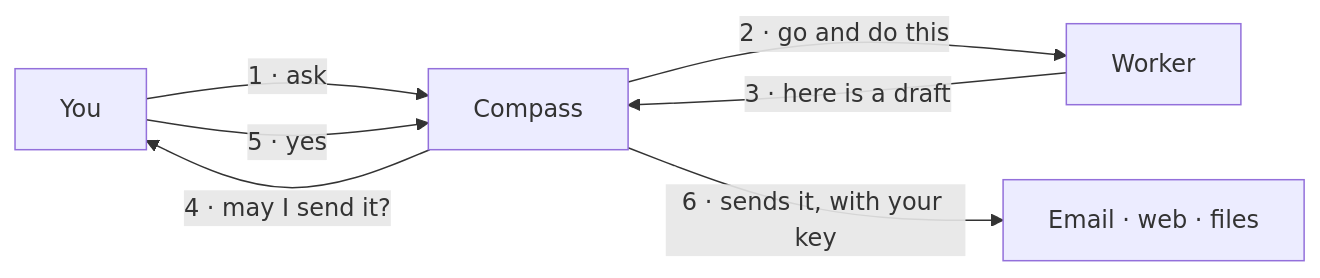
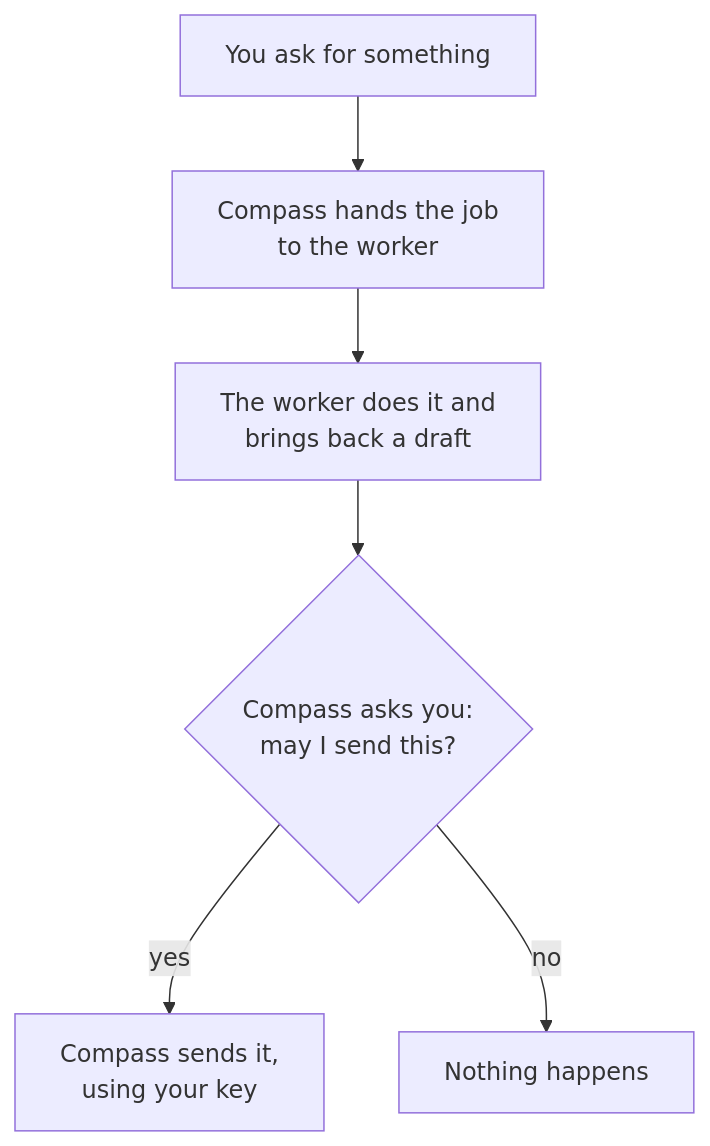
One commit to joergensentroels/Latch changed the first of 3 diagrams in WHAT-IS-THIS.md. Above: the diagram before and after it, drawn with Mermaid. The commit also changed other lines of this file, not shown here.

Commit message:
Turn the journey diagram upright so it fits the column
Rendered on GitHub, the left-to-right version was wider than the 846px reading
column: the last node was clipped behind GitHub's own pan/zoom controls, so the
end of the flow — the part where your key gets used — was the part you could not
read.

Upright now, and restructured around a decision rather than a loop. The approval
is a diamond with both branches drawn, which says the thing the prose says twice:
it can also be no.

Checked by loading the pushed page and looking at it, which is how the clipping
was found in the first place.

````diff
--- a/WHAT-IS-THIS.md
+++ b/WHAT-IS-THIS.md
@@ -18,9 +18,8 @@
 ```mermaid
-flowchart LR
-  YOU["You"] -- "1 · ask" --> C["Compass"]
-  C -- "2 · go and do this" --> W["Worker"]
-  W -- "3 · here is a draft" --> C
-  C -- "4 · may I send it?" --> YOU
-  YOU -- "5 · yes" --> C
-  C -- "6 · sends it, with your key" --> WORLD["Email · web · files"]
+flowchart TD
+  A["You ask for something"] --> B["Compass hands the job<br/>to the worker"]
+  B --> C["The worker does it and<br/>brings back a draft"]
+  C --> D{"Compass asks you:<br/>may I send this?"}
+  D -- "yes" --> E["Compass sends it,<br/>using your key"]
+  D -- "no" --> F["Nothing happens"]
 ```
````
